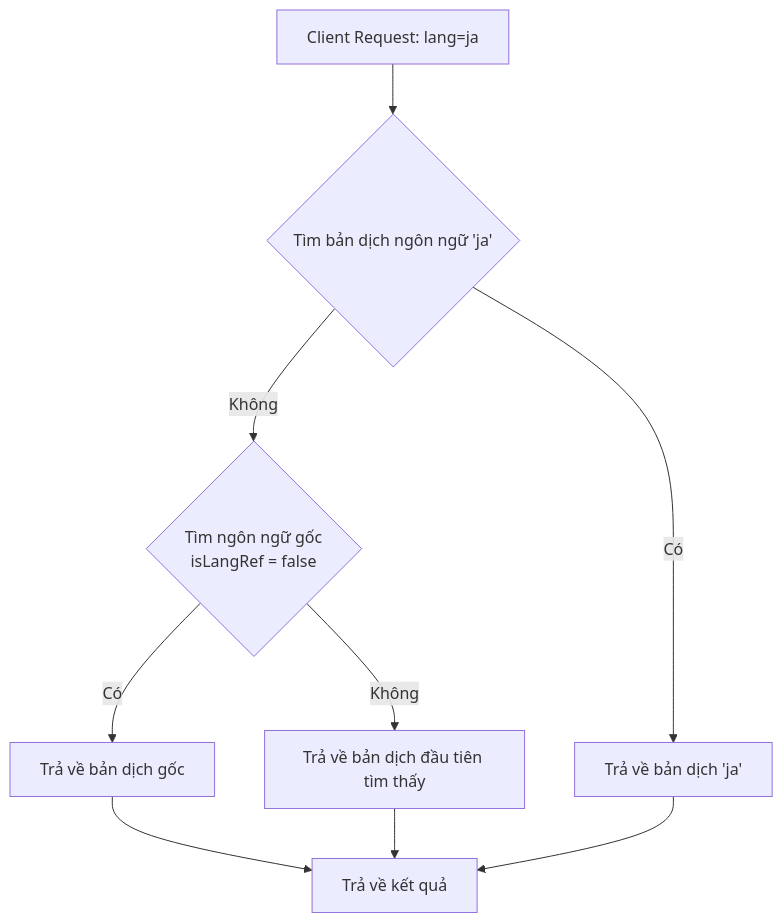
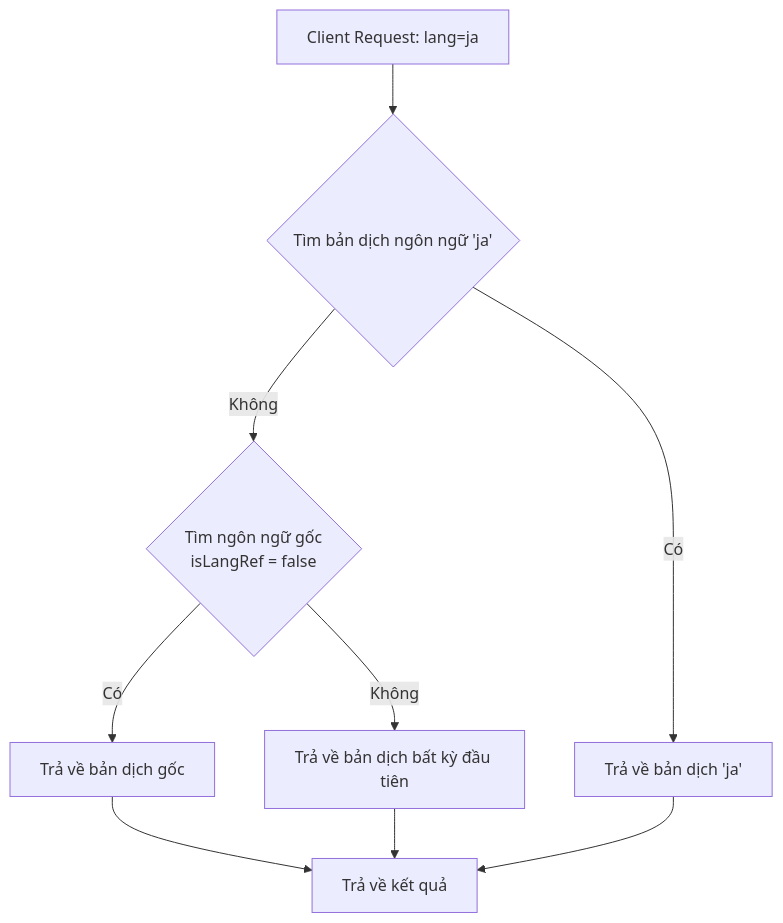
Before and after one commit to thuongtamduy/Denolith: the second of 2 diagrams in docs/MULTILINGUAL_STORE_ARCHITECTURE.md, drawn with Mermaid. The commit also changed other lines of this file and 1 other file, not shown here.

Commit message:
feat: add partial unique index to app_menus to enforce global code uniqueness and update architecture documentation

````diff
--- a/docs/MULTILINGUAL_STORE_ARCHITECTURE.md
+++ b/docs/MULTILINGUAL_STORE_ARCHITECTURE.md
@@ -89,11 +125,11 @@
 ```mermaid
 flowchart TD
     A[Client Request: lang=ja] --> B{Tìm bản dịch ngôn ngữ 'ja'}
     B -- Có --> C[Trả về bản dịch 'ja']
     B -- Không --> D{Tìm ngôn ngữ gốc\nisLangRef = false}
     D -- Có --> E[Trả về bản dịch gốc]
-    D -- Không --> F[Trả về bản dịch đầu tiên tìm thấy]
+    D -- Không --> F[Trả về bản dịch bất kỳ đầu tiên]
     E --> G[Trả về kết quả]
     F --> G
     C --> G
 ```
````
